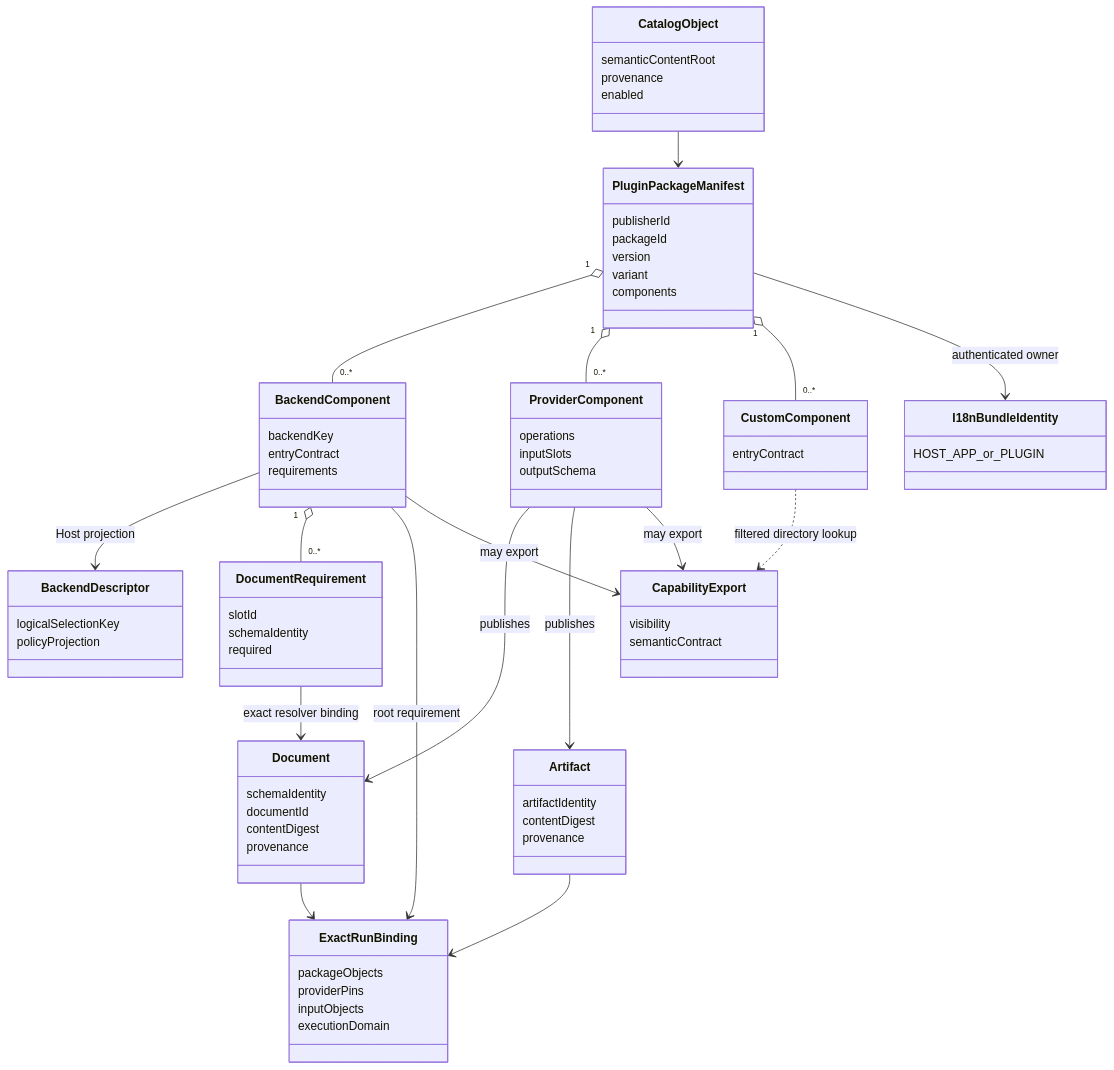
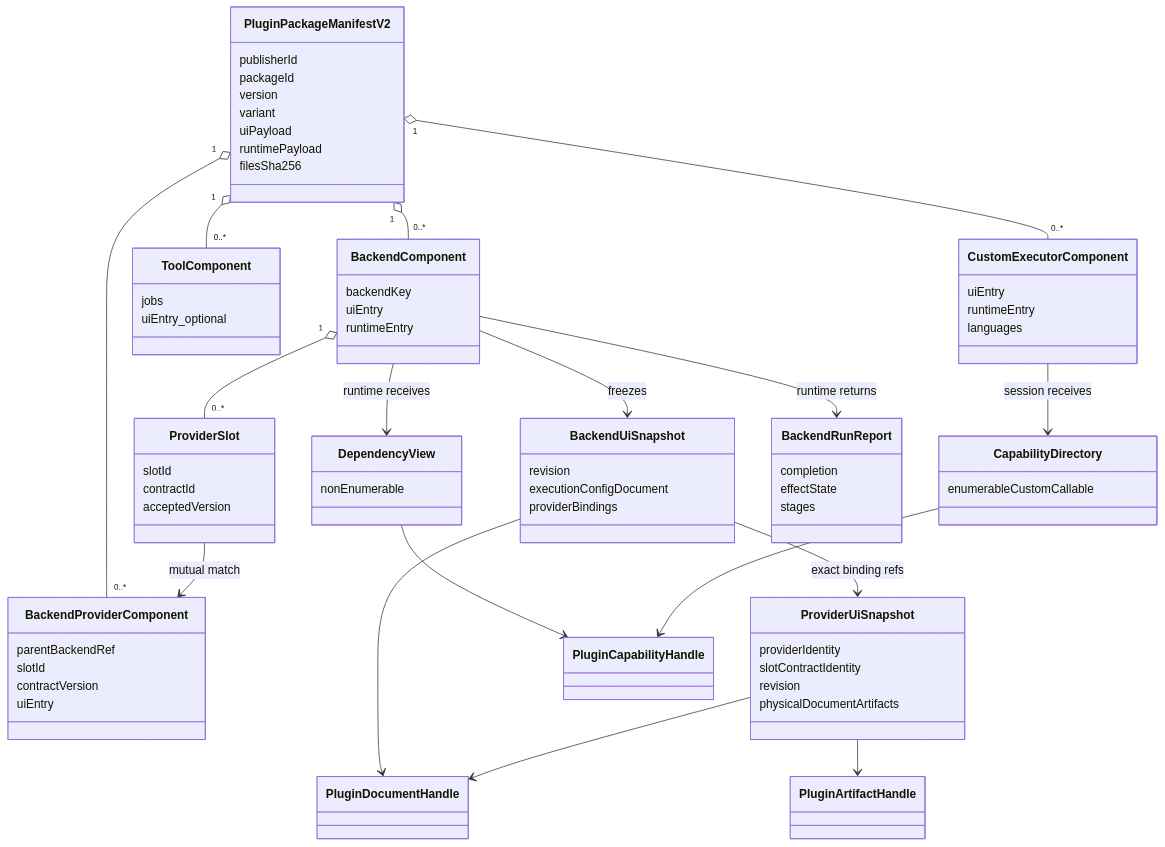
The second of 4 diagrams in docs/development/active-plan-target-uml.md (YuKongA/ghostlock-app), drawn with Mermaid before and after one commit. The commit also changed other lines of this file and 14 other files, not shown here.

Commit message:
docs(architecture): redesign plugin system through CDA

````diff
--- a/docs/development/active-plan-target-uml.md
+++ b/docs/development/active-plan-target-uml.md
@@ -104,78 +115,79 @@
 ```mermaid
 classDiagram
-  class PluginPackageManifest {
+  class PluginPackageManifestV2 {
     publisherId
     packageId
     version
     variant
-    components
-  }
-  class CatalogObject {
-    semanticContentRoot
-    provenance
-    enabled
+    uiPayload
+    runtimePayload
+    filesSha256
   }
   class BackendComponent {
     backendKey
-    entryContract
-    requirements
+    uiEntry
+    runtimeEntry
   }
-  class ProviderComponent {
-    operations
-    inputSlots
-    outputSchema
+  class BackendProviderComponent {
+    parentBackendRef
+    slotId
+    contractVersion
+    uiEntry
   }
-  class CustomComponent {
-    entryContract
+  class ToolComponent {
+    jobs
+    uiEntry_optional
   }
-  class Document {
-    schemaIdentity
-    documentId
-    contentDigest
-    provenance
+  class CustomExecutorComponent {
+    uiEntry
+    runtimeEntry
+    languages
   }
-  class DocumentRequirement {
+  class ProviderSlot {
     slotId
-    schemaIdentity
-    required
+    contractId
+    acceptedVersion
   }
-  class Artifact {
-    artifactIdentity
-    contentDigest
-    provenance
+  class BackendUiSnapshot {
+    revision
+    executionConfigDocument
+    providerBindings
   }
-  class BackendDescriptor {
-    logicalSelectionKey
-    policyProjection
+  class ProviderUiSnapshot {
+    providerIdentity
+    slotContractIdentity
+    revision
+    physicalDocumentArtifacts
   }
-  class ExactRunBinding {
-    packageObjects
-    providerPins
-    inputObjects
-    executionDomain
+  class DependencyView {
+    nonEnumerable
   }
-  class CapabilityExport {
-    visibility
-    semanticContract
+  class CapabilityDirectory {
+    enumerableCustomCallable
   }
-  class I18nBundleIdentity {
-    HOST_APP_or_PLUGIN
+  class PluginDocumentHandle
+  class PluginArtifactHandle
+  class PluginCapabilityHandle
+  class BackendRunReport {
+    completion
+    effectState
+    stages
   }
 
-  PluginPackageManifest "1" o-- "0..*" BackendComponent
-  PluginPackageManifest "1" o-- "0..*" ProviderComponent
-  PluginPackageManifest "1" o-- "0..*" CustomComponent
-  CatalogObject --> PluginPackageManifest
-  BackendComponent --> BackendDescriptor : Host projection
-  BackendComponent "1" o-- "0..*" DocumentRequirement
-  BackendComponent --> ExactRunBinding : root requirement
-  ProviderComponent --> Document : publishes
-  ProviderComponent --> Artifact : publishes
-  Document --> ExactRunBinding
-  DocumentRequirement --> Document : exact resolver binding
-  Artifact --> ExactRunBinding
-  BackendComponent --> CapabilityExport : may export
-  ProviderComponent --> CapabilityExport : may export
-  CustomComponent ..> CapabilityExport : filtered directory lookup
-  PluginPackageManifest --> I18nBundleIdentity : authenticated owner
+  PluginPackageManifestV2 "1" o-- "0..*" BackendComponent
+  PluginPackageManifestV2 "1" o-- "0..*" BackendProviderComponent
+  PluginPackageManifestV2 "1" o-- "0..*" ToolComponent
+  PluginPackageManifestV2 "1" o-- "0..*" CustomExecutorComponent
+  BackendComponent "1" o-- "0..*" ProviderSlot
+  ProviderSlot --> BackendProviderComponent : mutual match
+  BackendComponent --> BackendUiSnapshot : freezes
+  BackendUiSnapshot --> PluginDocumentHandle
+  BackendUiSnapshot --> ProviderUiSnapshot : exact binding refs
+  ProviderUiSnapshot --> PluginDocumentHandle
+  ProviderUiSnapshot --> PluginArtifactHandle
+  BackendComponent --> DependencyView : runtime receives
+  CustomExecutorComponent --> CapabilityDirectory : session receives
+  DependencyView --> PluginCapabilityHandle
+  CapabilityDirectory --> PluginCapabilityHandle
+  BackendComponent --> BackendRunReport : runtime returns
 ```
````
